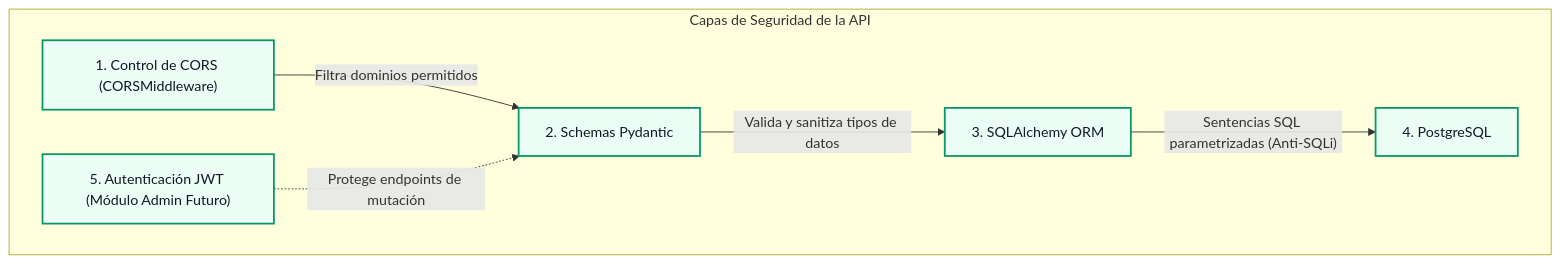
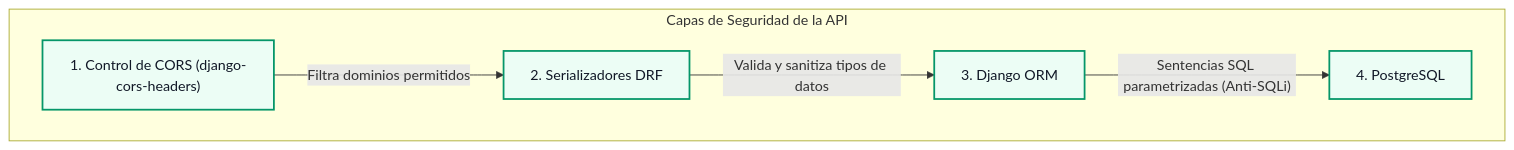
The second of 2 diagrams in docs/api/especificacion-api.md (Darksam03/RuralConecta-ProyectoWeb), drawn with Mermaid before and after one commit. The commit also changed other lines of this file and 5 other files, not shown here.

````diff
--- a/docs/api/especificacion-api.md
+++ b/docs/api/especificacion-api.md
@@ -521,12 +521,11 @@
 ```mermaid
 graph TD
     subgraph "Capas de Seguridad de la API"
-        S1["1. Control de CORS (CORSMiddleware)"] -->|"Filtra dominios permitidos"| S2["2. Schemas Pydantic"]
-        S2 -->|"Valida y sanitiza tipos de datos"| S3["3. SQLAlchemy ORM"]
+        S1["1. Control de CORS (django-cors-headers)"] -->|"Filtra dominios permitidos"| S2["2. Serializadores DRF"]
+        S2 -->|"Valida y sanitiza tipos de datos"| S3["3. Django ORM"]
         S3 -->|"Sentencias SQL parametrizadas (Anti-SQLi)"| S4["4. PostgreSQL"]
-        S5["5. Autenticación JWT (Módulo Admin Futuro)"] -.->|"Protege endpoints de mutación"| S2
     end
 
     classDef sec fill:#ecfdf5,stroke:#059669,stroke-width:2px,color:#111827;
-    class S1,S2,S3,S4,S5 sec;
+    class S1,S2,S3,S4 sec;
 ```
````
